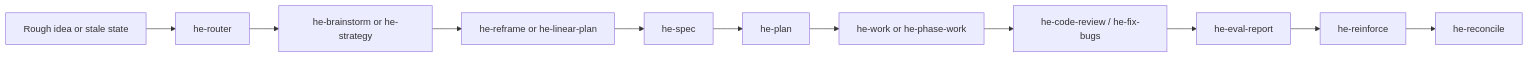
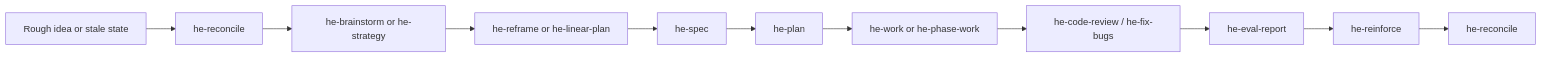
The diagram in Plugins/harness-engineering/README.md (jscraik/Agent-Skills), drawn with Mermaid before and after one commit. The commit also changed other lines of this file and 423 other files, not shown here.

````diff
--- a/Plugins/harness-engineering/README.md
+++ b/Plugins/harness-engineering/README.md
@@ -54,13 +54,13 @@
 ```mermaid
 flowchart LR
-  A["Rough idea or stale state"] --> B["he-router"]
+  A["Rough idea or stale state"] --> B["he-reconcile"]
   B --> C["he-brainstorm or he-strategy"]
   C --> D["he-reframe or he-linear-plan"]
   D --> E["he-spec"]
   E --> F["he-plan"]
   F --> G["he-work or he-phase-work"]
   G --> H["he-code-review / he-fix-bugs"]
   H --> I["he-eval-report"]
   I --> J["he-reinforce"]
   J --> K["he-reconcile"]
 ```
````
